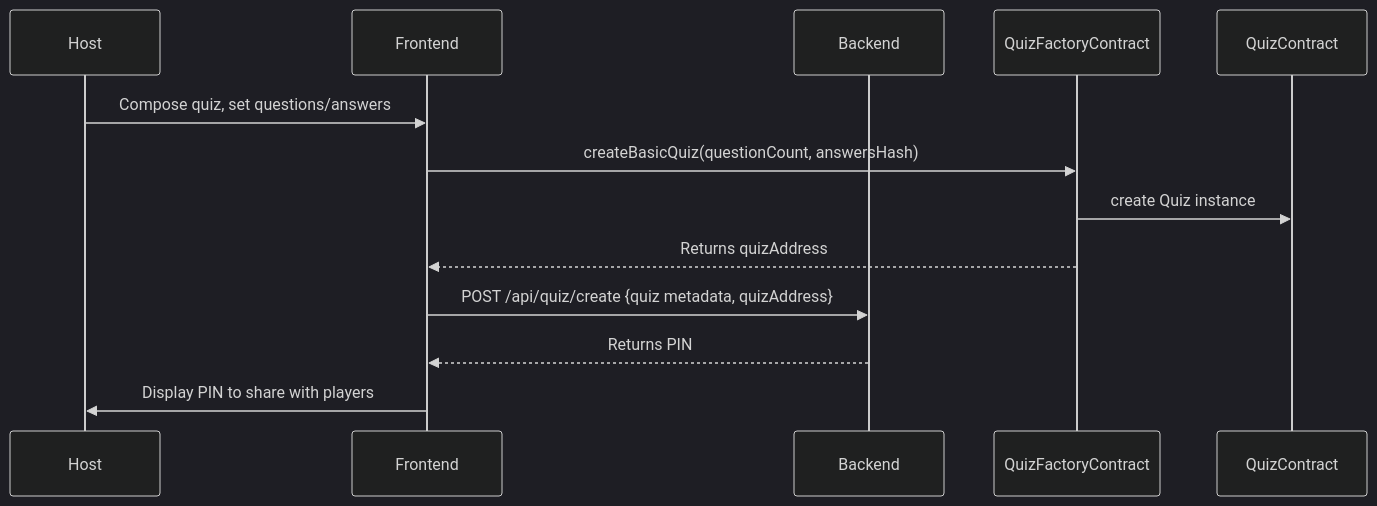
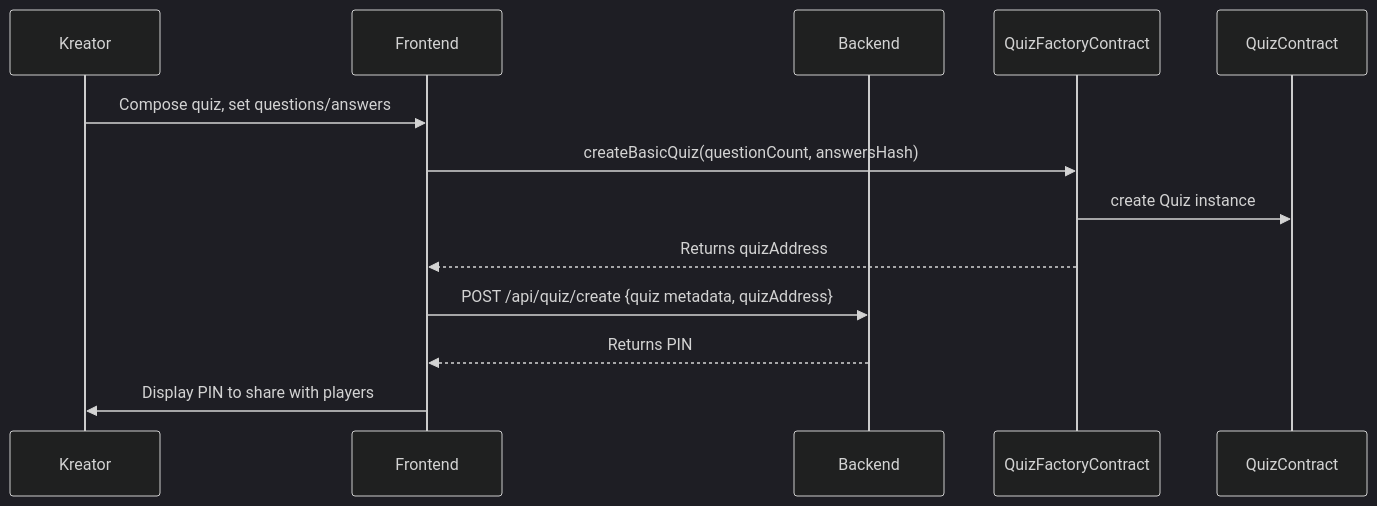
Before and after one commit to ian12-21/QuizApp-Frontend: the second of 6 diagrams in README_Version3.md, drawn with Mermaid (dark theme).

````diff
--- a/README_Version3.md
+++ b/README_Version3.md
@@ -34,16 +34,16 @@
 ```mermaid
 sequenceDiagram
-    participant Host
+    participant Kreator
     participant Frontend
     participant Backend
     participant FactorySC as QuizFactoryContract
     participant QuizSC as QuizContract
 
-    Host->>Frontend: Compose quiz, set questions/answers
+    Kreator->>Frontend: Compose quiz, set questions/answers
     Frontend->>FactorySC: createBasicQuiz(questionCount, answersHash)
     FactorySC->>QuizSC: create Quiz instance
     FactorySC-->>Frontend: Returns quizAddress
     Frontend->>Backend: POST /api/quiz/create {quiz metadata, quizAddress}
     Backend-->>Frontend: Returns PIN
-    Frontend->>Host: Display PIN to share with players
+    Frontend->>Kreator: Display PIN to share with players
 ```
````
